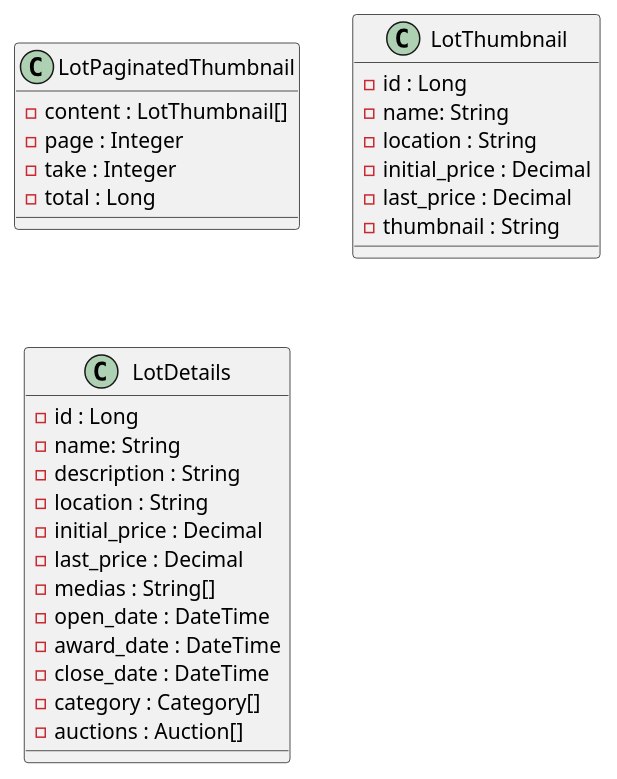
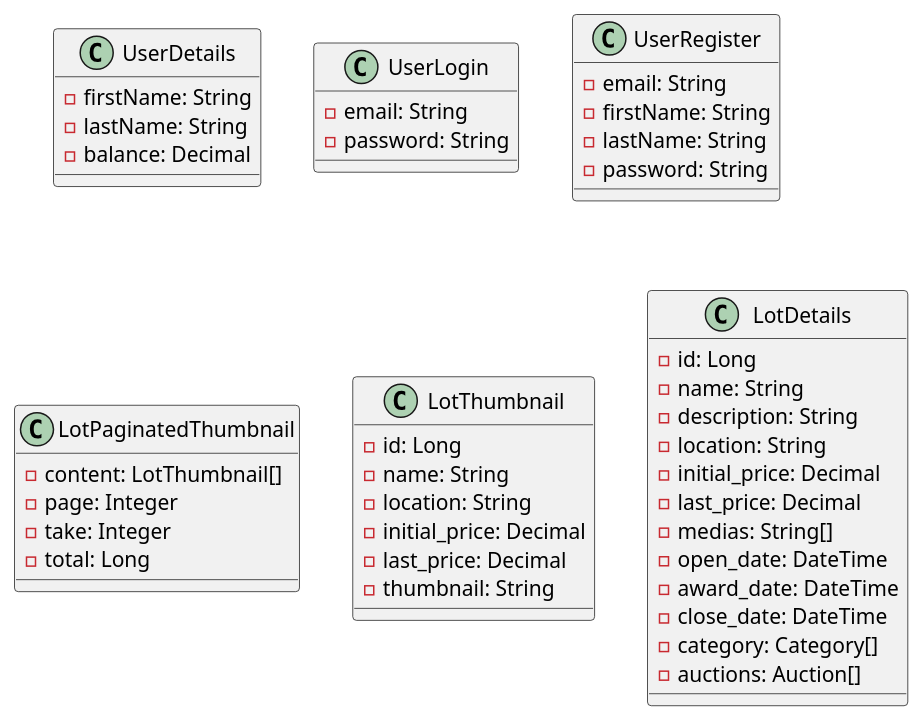
One commit to ETML-ES-LABEFE-MANUEL-THEO/BACKEND changed the diagram in docs/dto.puml. Above: the diagram before and after it, drawn with PlantUML. The commit also changed 2 other files, not shown here.

Commit message:
docs: auth and user implementation diagrams

```diff
--- a/docs/dto.puml
+++ b/docs/dto.puml
@@ -1,34 +1,52 @@
 @startuml
 
+class UserDetails {
+    -firstName: String
+    -lastName: String
+    -balance: Decimal
+}
+
+class UserLogin {
+    -email: String
+    -password: String
+}
+
+class UserRegister {
+    -email: String
+    -firstName: String
+    -lastName: String
+    -password: String
+}
+
 class LotPaginatedThumbnail {
-    - content : LotThumbnail[]
-    - page : Integer
-    - take : Integer
-    - total : Long
+    -content: LotThumbnail[]
+    -page: Integer
+    -take: Integer
+    -total: Long
 }
 
 class LotThumbnail {
-    - id : Long
-    - name: String
-    - location : String
-    - initial_price : Decimal
-    - last_price : Decimal
-    - thumbnail : String
+    -id: Long
+    -name: String
+    -location: String
+    -initial_price: Decimal
+    -last_price: Decimal
+    -thumbnail: String
 }
 
 class LotDetails {
-    - id : Long
-    - name: String
-    - description : String
-    - location : String
-    - initial_price : Decimal
-    - last_price : Decimal
-    - medias : String[]
-    - open_date : DateTime
-    - award_date : DateTime
-    - close_date : DateTime
-    - category : Category[]
-    - auctions : Auction[]
+    -id: Long
+    -name: String
+    -description: String
+    -location: String
+    -initial_price: Decimal
+    -last_price: Decimal
+    -medias: String[]
+    -open_date: DateTime
+    -award_date: DateTime
+    -close_date: DateTime
+    -category: Category[]
+    -auctions: Auction[]
 }
 
 @enduml
```
